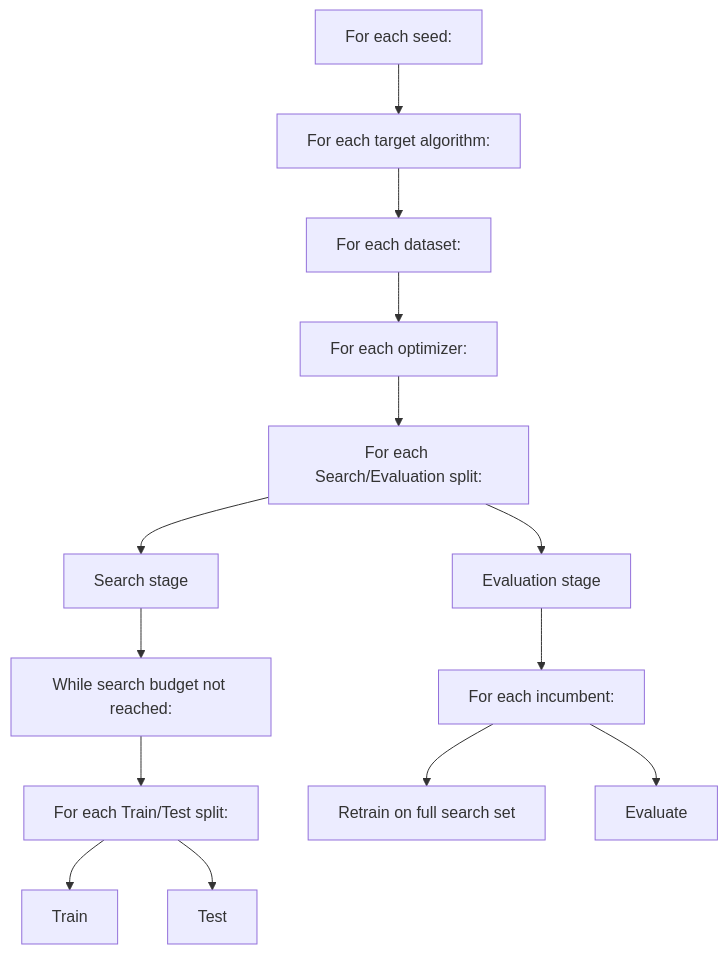
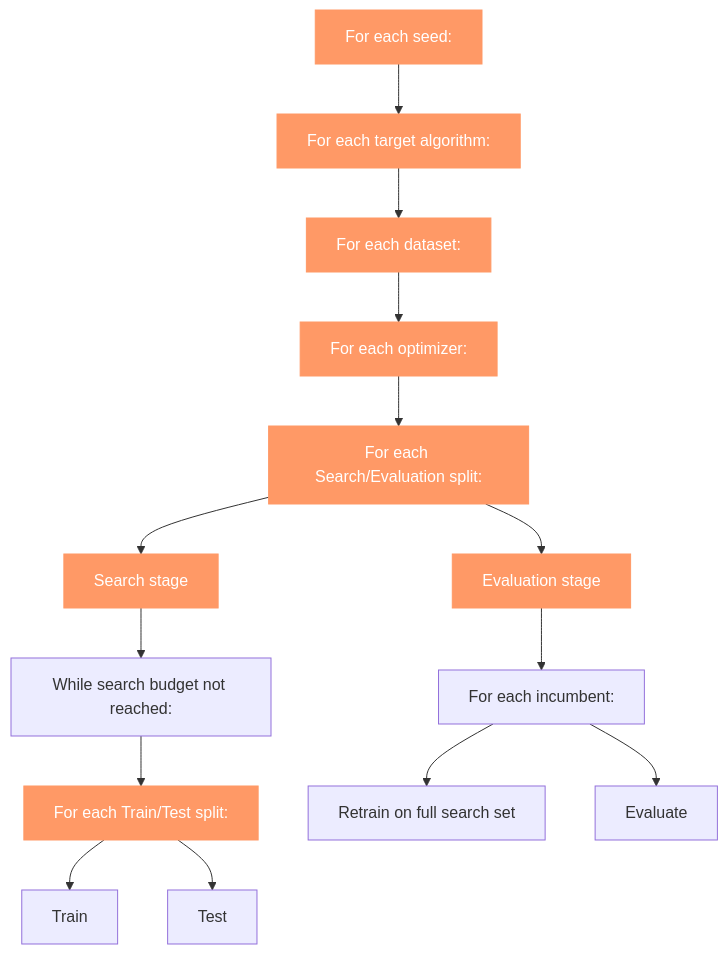
One commit to Yatoom/hyperbench changed the diagram in README.md. Above: the diagram before and after it, drawn with Mermaid. The commit also changed other lines of this file and 12936 other files, not shown here.

````diff
--- a/README.md
+++ b/README.md
@@ -5,18 +5,20 @@
 ```mermaid
   graph TD;
-      EACH_SEED[For each seed:]-->EACH_ALGO[For each target algorithm:];
-      EACH_ALGO-->EACH_DATA[For each dataset:];
-      EACH_DATA-->EACH_OPT[For each optimizer:];
-      EACH_OPT-->EACH_SE_SPLIT[For each Search/Evaluation split:]
-      EACH_SE_SPLIT-->SEARCH_STAGE[Search stage]
+      EACH_SEED[For each seed:]:::mon-->EACH_ALGO[For each target algorithm:];
+      EACH_ALGO:::mon-->EACH_DATA[For each dataset:];
+      EACH_DATA:::mon-->EACH_OPT[For each optimizer:];
+      EACH_OPT:::mon-->EACH_SE_SPLIT[For each Search/Evaluation split:]
+      EACH_SE_SPLIT:::mon-->SEARCH_STAGE[Search stage]
       EACH_SE_SPLIT-->EVAL_STAGE[Evaluation stage]
       
-      SEARCH_STAGE-->EACH_ITER[While search budget not reached:]
+      SEARCH_STAGE:::mon-->EACH_ITER[While search budget not reached:]
       EACH_ITER-->EACH_SPLIT[For each Train/Test split:]
-      EACH_SPLIT-->TRAIN[Train]
+      EACH_SPLIT:::mon-->TRAIN[Train]
       EACH_SPLIT-->TEST[Test]
       
-      EVAL_STAGE-->EACH_INC[For each incumbent:]
+      EVAL_STAGE:::mon-->EACH_INC[For each incumbent:]
       EACH_INC-->RETRAIN[Retrain on full search set]
       EACH_INC-->EVAL[Evaluate]
+      
+      classDef mon fill:#f96,color:white,stroke:#f96
 ```
````
